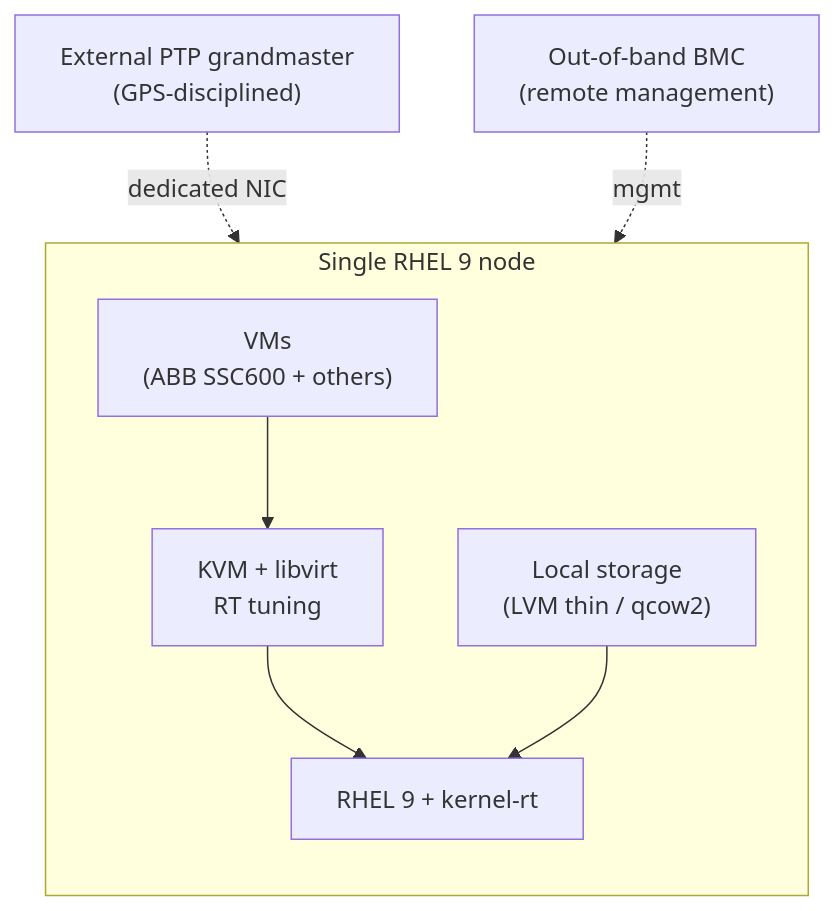
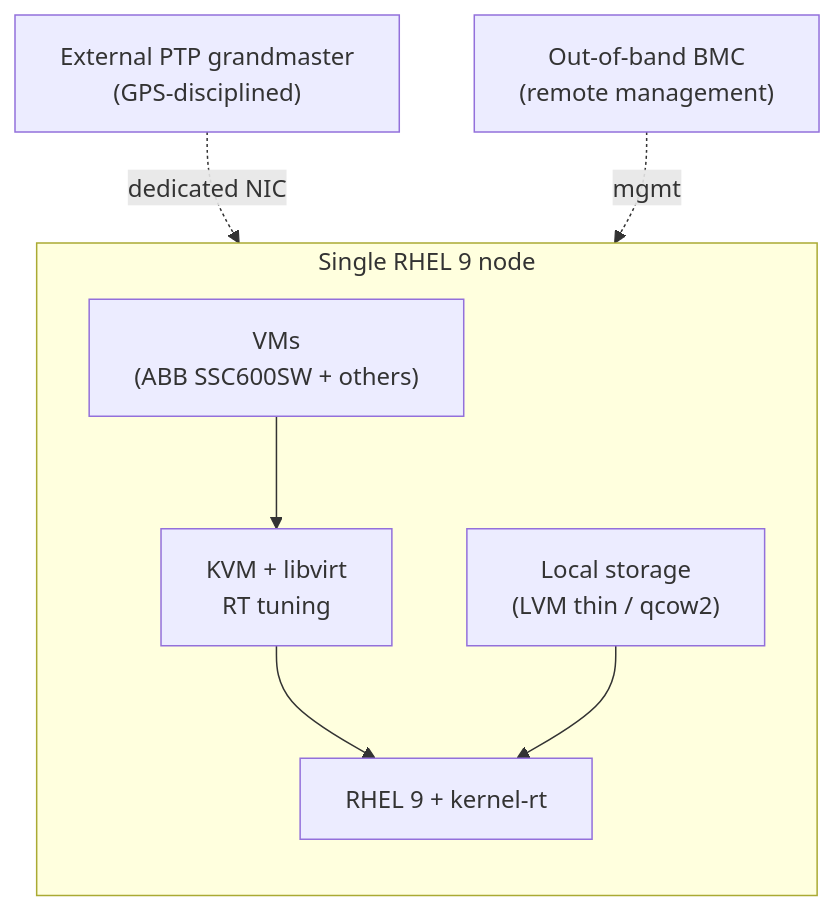
One commit to RedHatEdge/virtual-protection changed the first of 4 diagrams in README.md. Above: the diagram before and after it, drawn with Mermaid. The commit also changed other lines of this file, not shown here.

````diff
--- a/README.md
+++ b/README.md
@@ -126,15 +126,15 @@
 ```mermaid
 flowchart TB
   subgraph node[Single RHEL 9 node]
     direction TB
-    workload["VMs<br/>(ABB SSC600 + others)"]
+    workload["VMs<br/>(ABB SSC600SW + others)"]
     libvirt["KVM + libvirt<br/>RT tuning"]
     storage["Local storage<br/>(LVM thin / qcow2)"]
     rhel["RHEL 9 + kernel-rt"]
     workload --> libvirt --> rhel
     storage --> rhel
   end
 
   GM["External PTP grandmaster<br/>(GPS-disciplined)"] -. dedicated NIC .-> node
   BMC["Out-of-band BMC<br/>(remote management)"] -. mgmt .-> node
 ```
````
